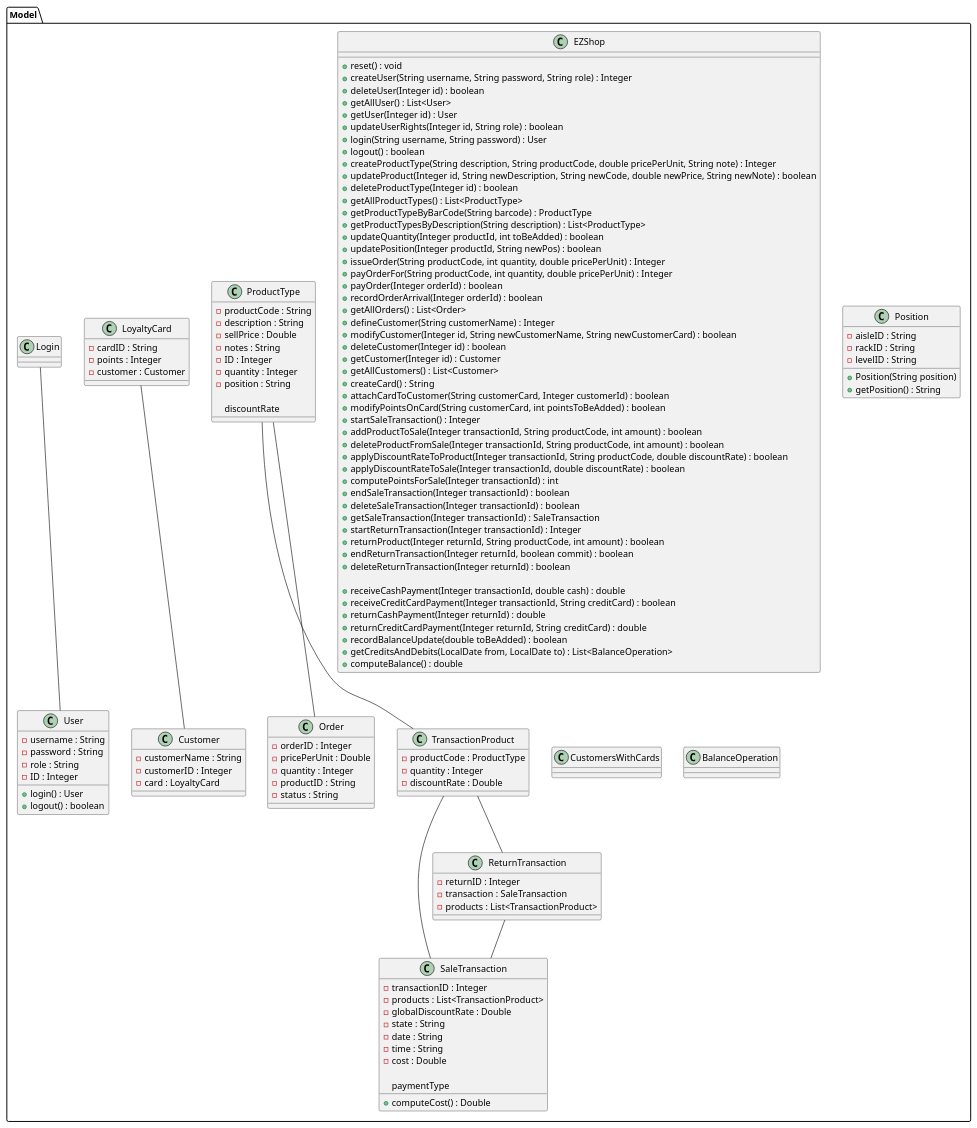
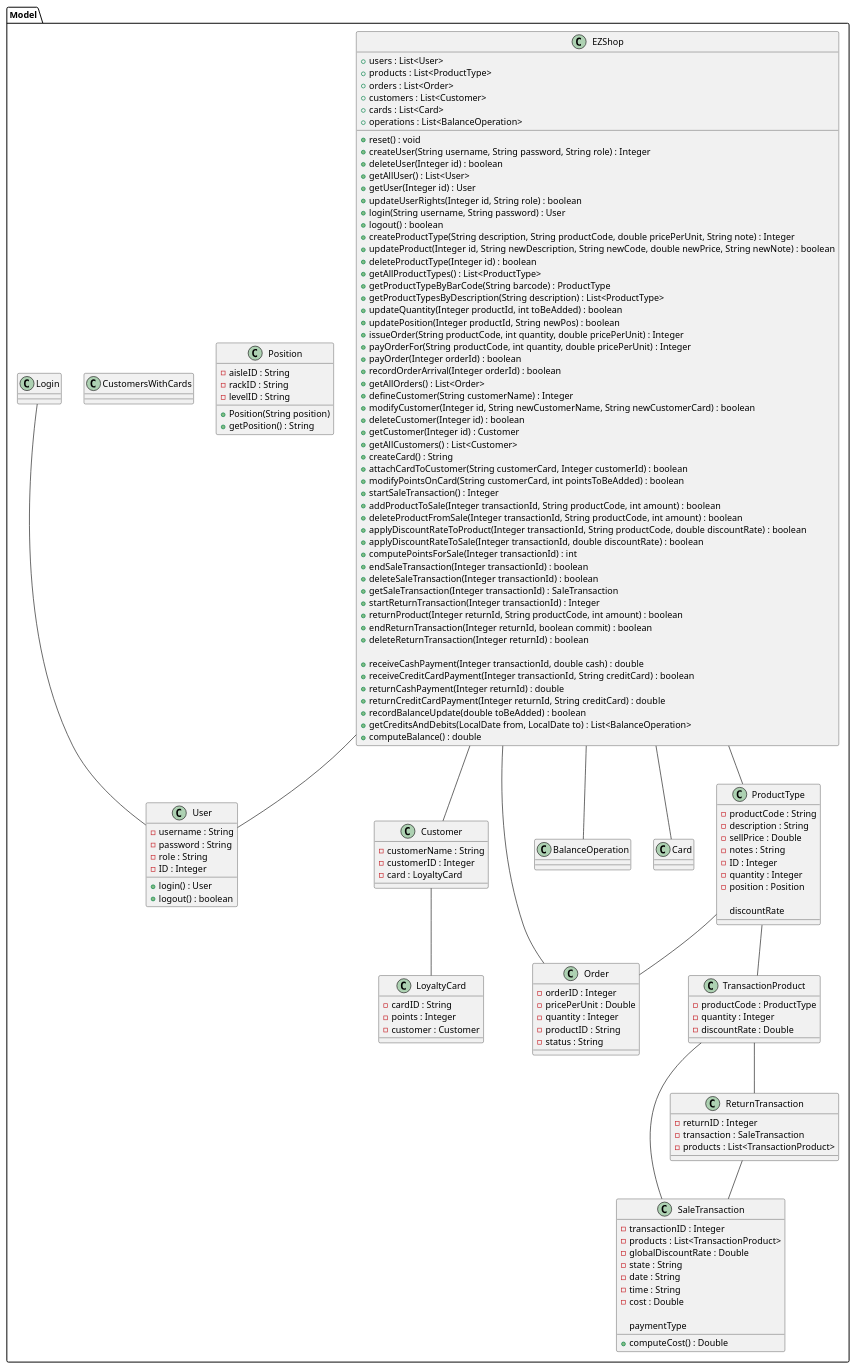
The first of 2 diagrams in Deliverables/DesignDocument.md (giuseppesalvi/ezshop), drawn with PlantUML before and after one commit. The commit also changed other lines of this file, not shown here.

Commit message:
Update DesignDocument.md: added links with EZShop class in the class diagram

````diff
--- a/Deliverables/DesignDocument.md
+++ b/Deliverables/DesignDocument.md
@@ -36,7 +36,16 @@
 ```plantuml
 @startuml
+top to bottom direction
+
 package Model {
 Class EZShop{
+    +users : List<User>
+    +products : List<ProductType>
+    +orders : List<Order>
+    +customers : List<Customer>
+    +cards : List<Card>
+    +operations : List<BalanceOperation>
+    
     +reset() : void
     +createUser(String username, String password, String role) : Integer
     +deleteUser(Integer id) : boolean
@@ -106,7 +115,7 @@
     -notes : String
     -ID : Integer
     -quantity : Integer
-    -position : String
+    -position : Position
 
     discountRate
 }
@@ -171,12 +180,18 @@
 class BalanceOperation{
 
 }
+EZShop -- User
+EZShop -- ProductType
+EZShop -- Order
+EZShop -- Customer
+EZShop -- Card
+EZShop -- BalanceOperation
 
 Login -- User
 ProductType -- Order
 ProductType -- TransactionProduct
+Customer -- LoyaltyCard
 TransactionProduct -- SaleTransaction
-LoyaltyCard -- Customer
 TransactionProduct -- ReturnTransaction
 ReturnTransaction -- SaleTransaction
 }
````
